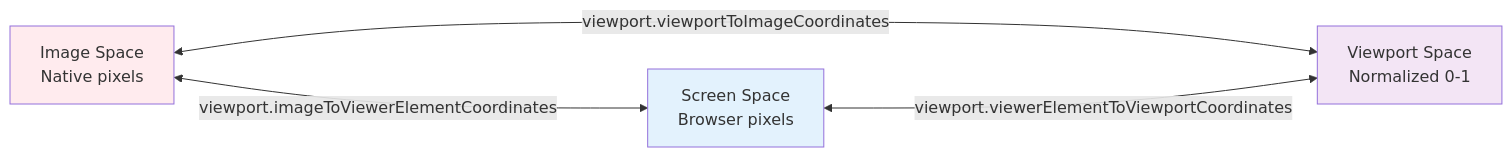
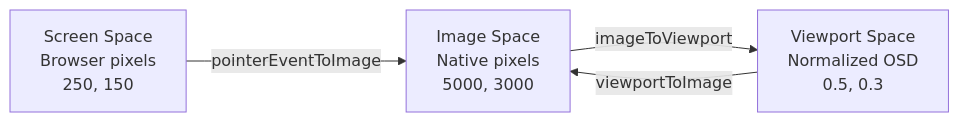
Before and after one commit to bitroc-ai/annota: the fourth of 4 diagrams in docs/content/docs/architecture.mdx, drawn with Mermaid. The commit also changed other lines of this file, not shown here.

First line of the commit message:
docs: rewrite architecture page with clean mermaid diagrams

````diff
--- a/docs/content/docs/architecture.mdx
+++ b/docs/content/docs/architecture.mdx
@@ -408,10 +133,6 @@
 ```mermaid
 graph LR
-    A[Image Space<br/>Native pixels] <-->|viewport.imageToViewerElementCoordinates| B[Screen Space<br/>Browser pixels]
-    A <-->|viewport.viewportToImageCoordinates| C[Viewport Space<br/>Normalized 0-1]
-    B <-->|viewport.viewerElementToViewportCoordinates| C
-
-    style A fill:#ffebee
-    style B fill:#e3f2fd
-    style C fill:#f3e5f5
+    A[Screen Space<br/>Browser pixels<br/>250, 150] -->|pointerEventToImage| B[Image Space<br/>Native pixels<br/>5000, 3000]
+    B -->|imageToViewport| C[Viewport Space<br/>Normalized OSD<br/>0.5, 0.3]
+    C -->|viewportToImage| B
 ```
````
